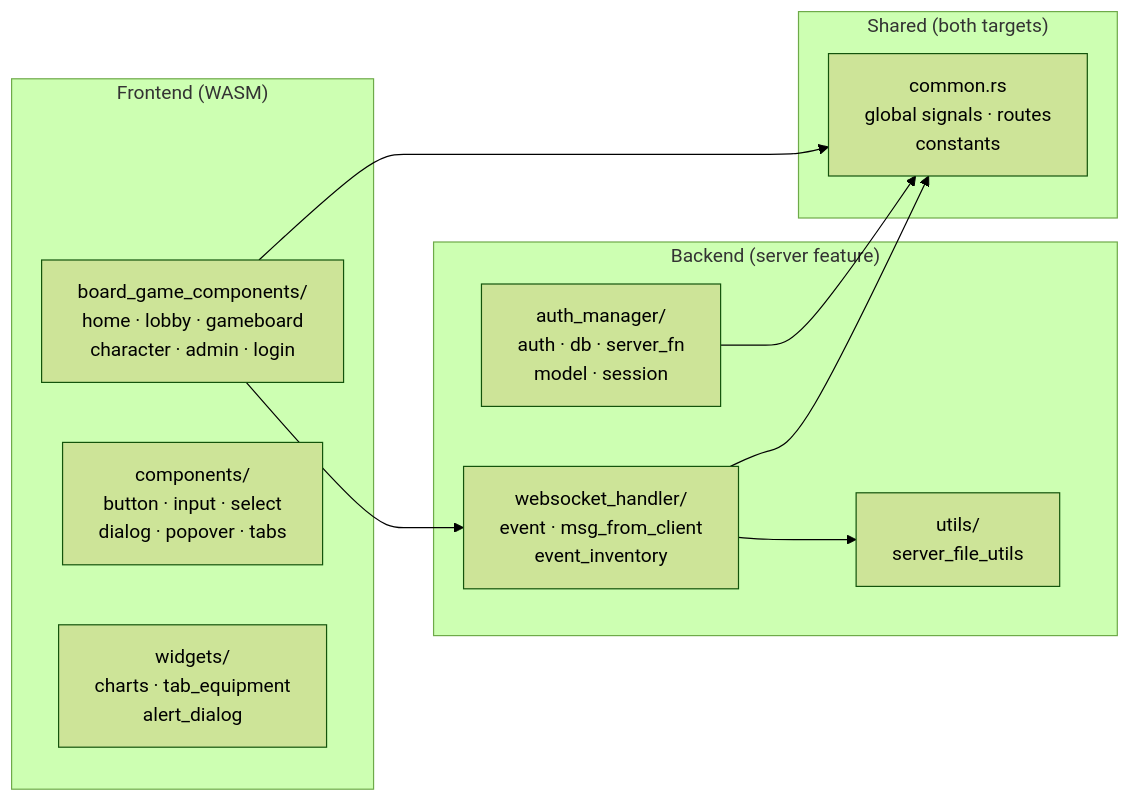
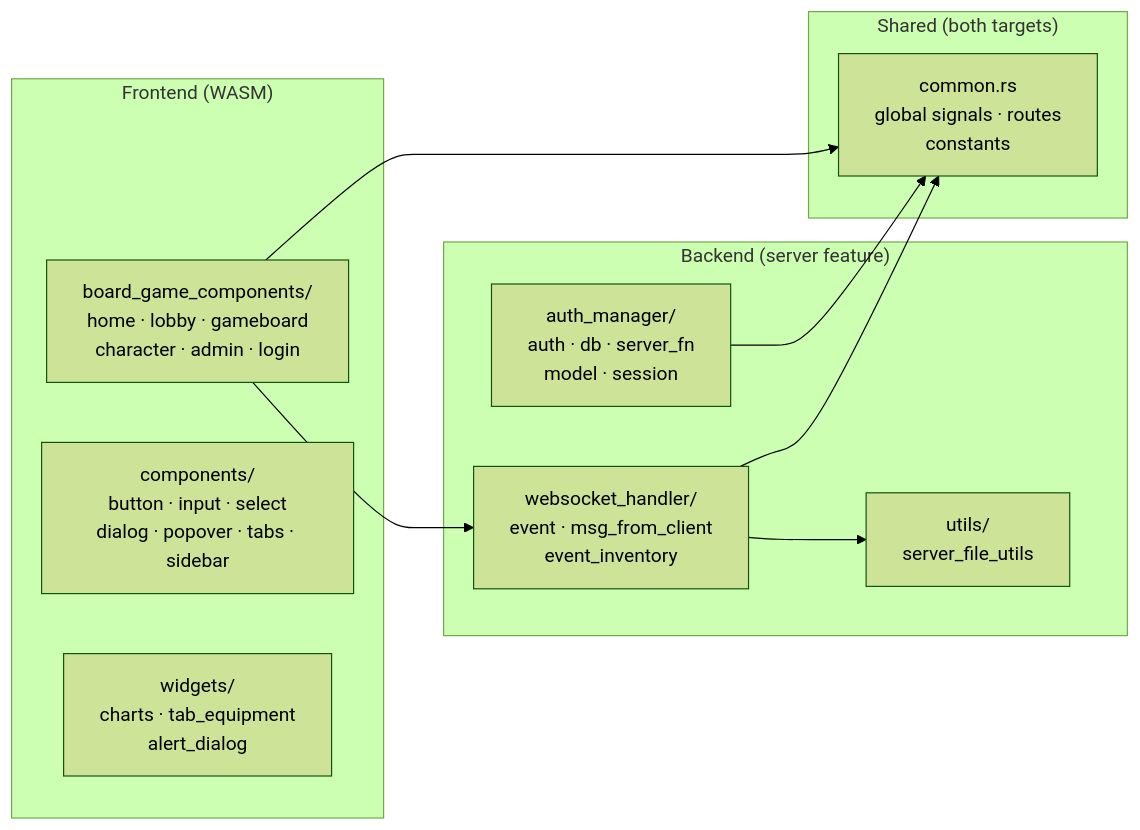
One commit to r0nd0ud0u/dx-rpg changed the second of 5 diagrams in README.md. Above: the diagram before and after it, drawn with Mermaid (forest theme). The commit also changed other lines of this file and 21 other files, not shown here.

````diff
--- a/README.md
+++ b/README.md
@@ -397,24 +397,24 @@
 ```mermaid
 graph LR
     subgraph Frontend["Frontend (WASM)"]
         Pages["board_game_components/\nhome · lobby · gameboard\ncharacter · admin · login"]
-        Components["components/\nbutton · input · select\ndialog · popover · tabs"]
+        Components["components/\nbutton · input · select\ndialog · popover · tabs · sidebar"]
         Widgets["widgets/\ncharts · tab_equipment\nalert_dialog"]
     end
 
     subgraph Backend["Backend (server feature)"]
         Auth["auth_manager/\nauth · db · server_fn\nmodel · session"]
         WS["websocket_handler/\nevent · msg_from_client\nevent_inventory"]
         Utils["utils/\nserver_file_utils"]
     end
 
     subgraph Shared["Shared (both targets)"]
         Common["common.rs\nglobal signals · routes\nconstants"]
     end
 
     Pages --> Common
     Pages --> WS
     Auth --> Common
     WS --> Common
     WS --> Utils
 ```
````
